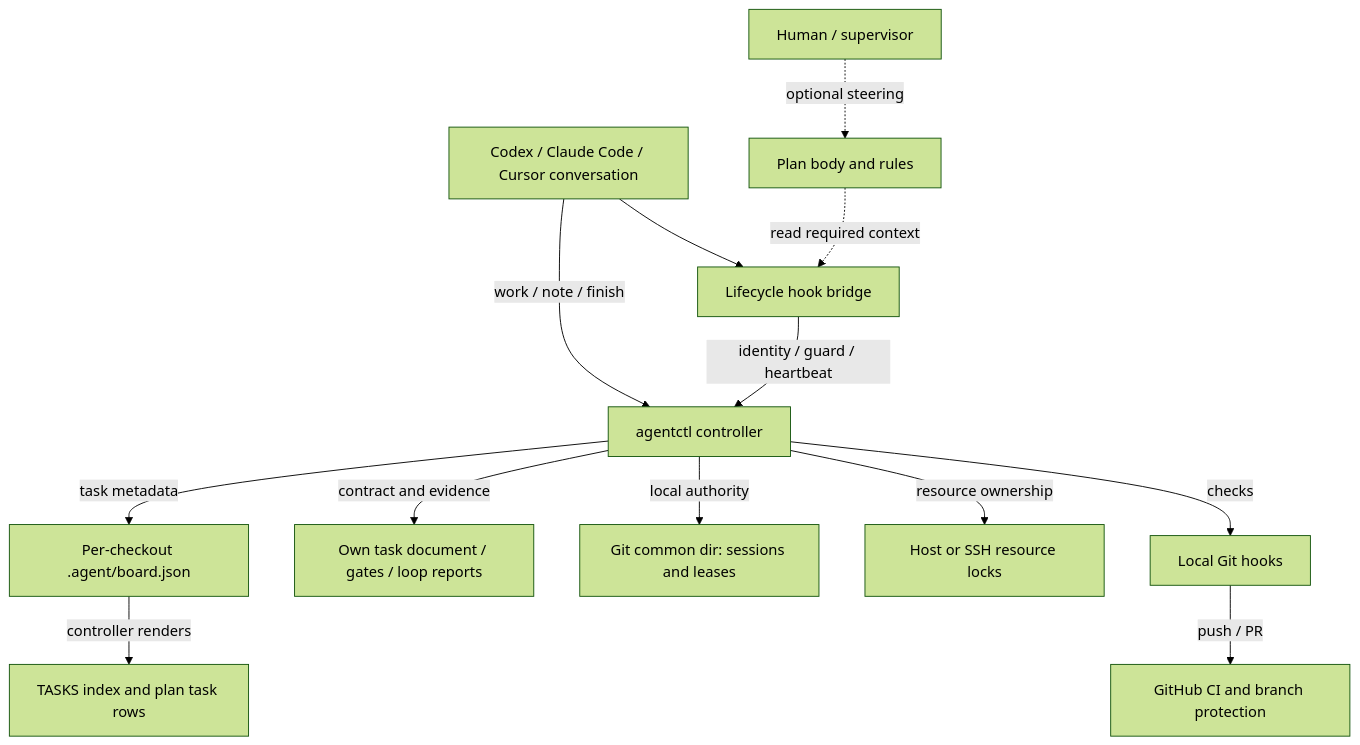
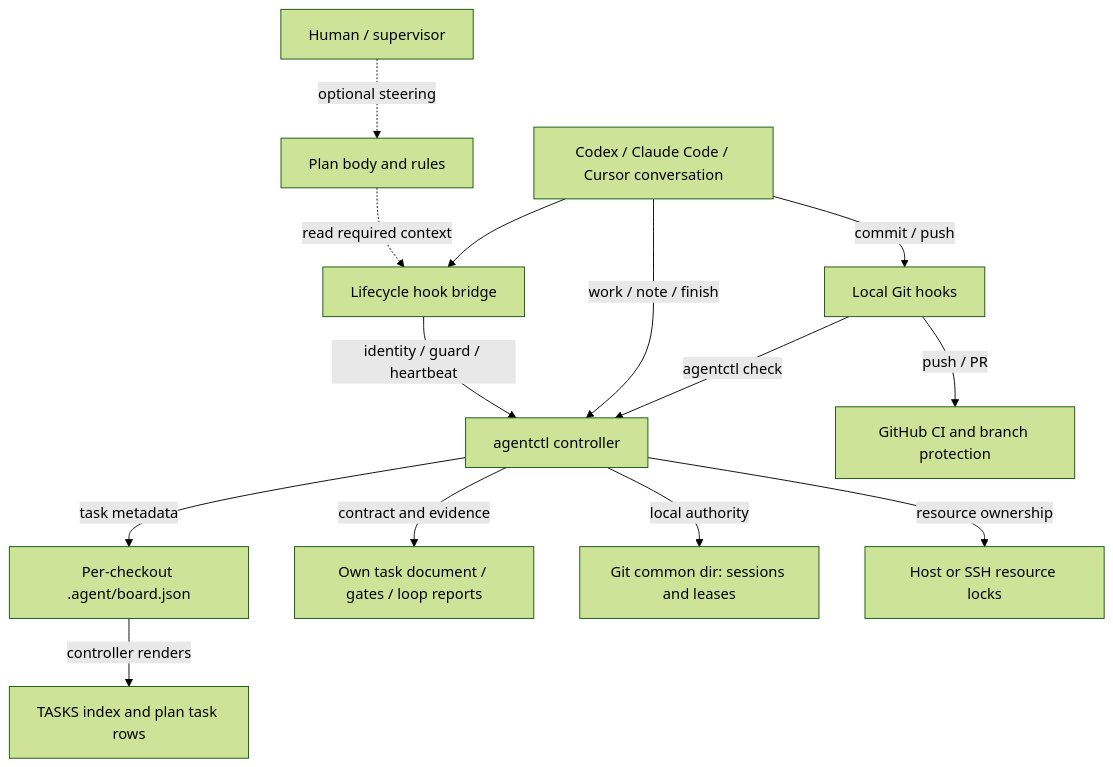
One commit to asimfish/agent-workflow-kit changed the first of 4 diagrams in docs/architecture/README.md. Above: the diagram before and after it, drawn with Mermaid (forest theme). The commit also changed other lines of this file and 10 other files, not shown here.

First line of the commit message:
docs(architecture): align rejection state and hook direction

````diff
--- a/docs/architecture/README.md
+++ b/docs/architecture/README.md
@@ -24,15 +24,16 @@
 ```mermaid
 flowchart TB
     Human[Human / supervisor] -. optional steering .-> Plan[Plan body and rules]
     Agent[Codex / Claude Code / Cursor conversation] --> Hook[Lifecycle hook bridge]
     Plan -. read required context .-> Hook
     Agent -->|work / note / finish| Controller[agentctl controller]
     Hook -->|identity / guard / heartbeat| Controller
     Controller -->|task metadata| Board[Per-checkout .agent/board.json]
     Board -->|controller renders| Views[TASKS index and plan task rows]
     Controller -->|contract and evidence| Docs[Own task document / gates / loop reports]
     Controller -->|local authority| Runtime[Git common dir: sessions and leases]
     Controller -->|resource ownership| Locks[Host or SSH resource locks]
-    Controller -->|checks| Git[Local Git hooks]
+    Agent -->|commit / push| Git[Local Git hooks]
+    Git -->|agentctl check| Controller
     Git -->|push / PR| CI[GitHub CI and branch protection]
 ```
````
